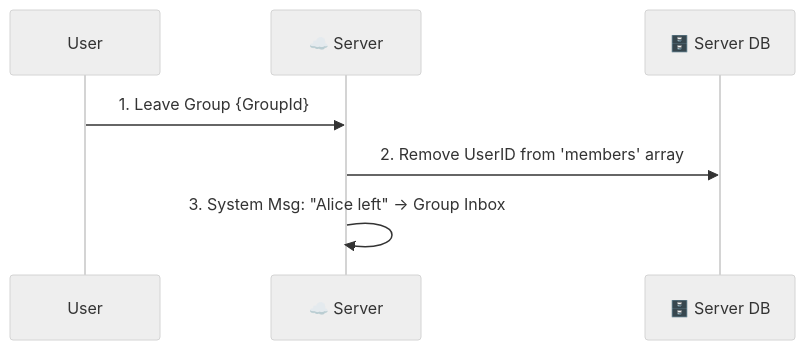
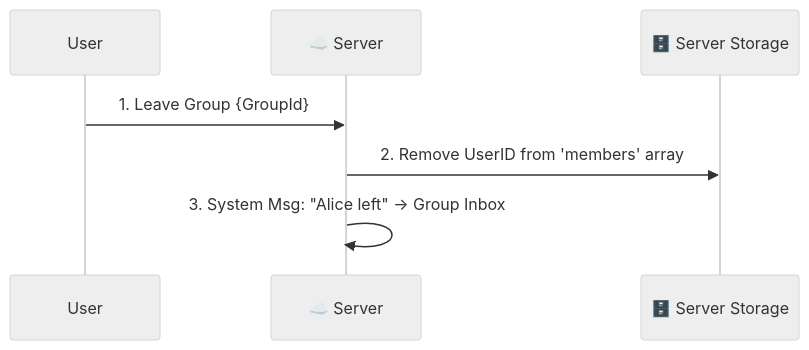
Before and after one commit to sameerctinfotech/temp-share: diagram 11 of 18 in use_case.md, drawn with Mermaid (neutral theme). The commit also changed other lines of this file, not shown here.

````diff
--- a/use_case.md
+++ b/use_case.md
@@ -249,10 +249,10 @@
 ```mermaid
 sequenceDiagram
     participant User
     participant Server as ☁️ Server
-    participant SDB as 🗄️ Server DB
+    participant SS as 🗄️ Server Storage
 
     User->>Server: 1. Leave Group {GroupId}
-    Server->>SDB: 2. Remove UserID from 'members' array
+    Server->>SS: 2. Remove UserID from 'members' array
     Server->>Server: 3. System Msg: "Alice left" -> Group Inbox
 ```
````
